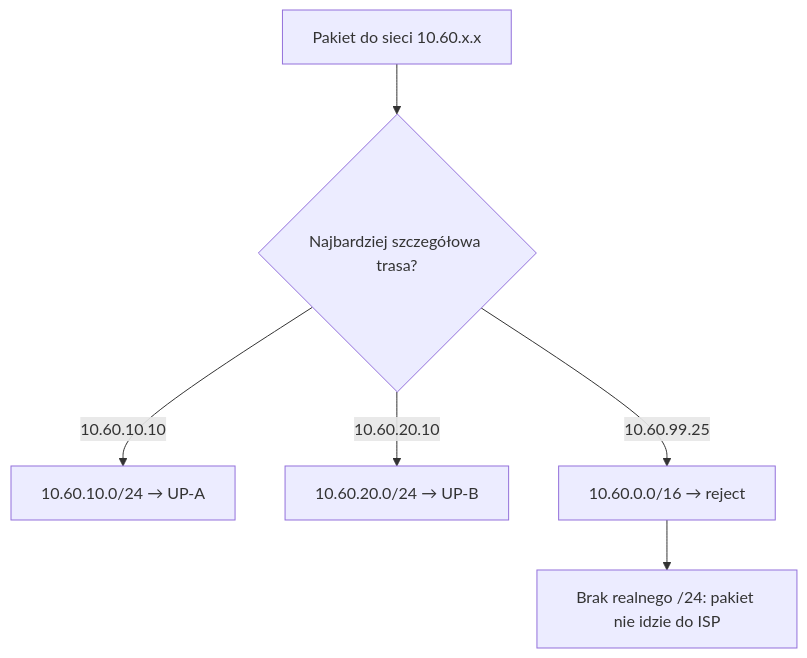
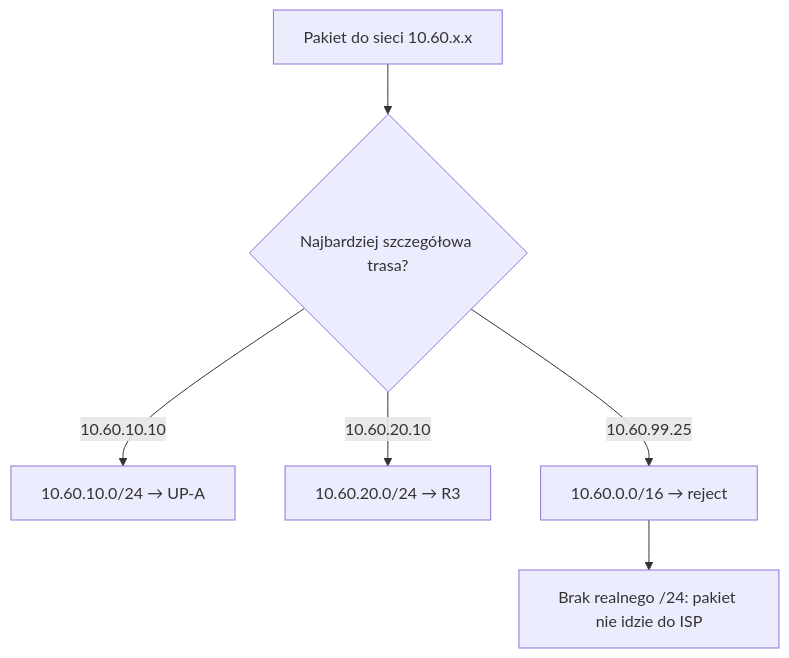
One commit to nelto79/jncip changed the second of 7 diagrams in docs/chapters/JUNOS_Rozdzial_07_Protocol_Independent_Routing.md. Above: the diagram before and after it, drawn with Mermaid. The commit also changed other lines of this file, not shown here.

```diff
--- a/docs/chapters/JUNOS_Rozdzial_07_Protocol_Independent_Routing.md
+++ b/docs/chapters/JUNOS_Rozdzial_07_Protocol_Independent_Routing.md
@@ -93,8 +101,8 @@
 ~~~mermaid
 flowchart TD
   P["Pakiet do sieci 10.60.x.x"] --> L{"Najbardziej szczegółowa trasa?"}
   L -->|10.60.10.10| A["10.60.10.0/24 → UP-A"]
-  L -->|10.60.20.10| B["10.60.20.0/24 → UP-B"]
+  L -->|10.60.20.10| B["10.60.20.0/24 → R3"]
   L -->|10.60.99.25| S["10.60.0.0/16 → reject"]
   S --> X["Brak realnego /24: pakiet nie idzie do ISP"]
 ~~~
```
